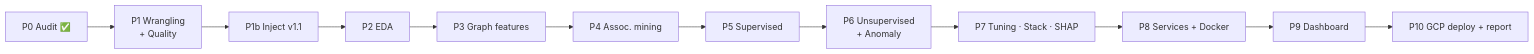
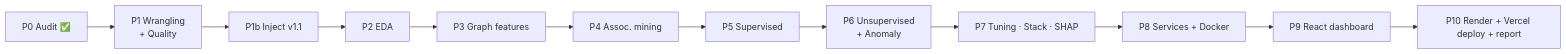
One commit to bharathakn/FinSight-AI changed the fifth of 5 diagrams in FinSight_AI_Project_Plan.md. Above: the diagram before and after it, drawn with Mermaid. The commit also changed other lines of this file and 75 other files, not shown here.

````diff
--- a/FinSight_AI_Project_Plan.md
+++ b/FinSight_AI_Project_Plan.md
@@ -439,6 +477,6 @@
 ```mermaid
 flowchart LR
     P0["P0 Audit ✅"] --> P1["P1 Wrangling\n+ Quality"] --> P1b["P1b Inject v1.1"] --> P2["P2 EDA"] --> P3["P3 Graph features"]
     P3 --> P4["P4 Assoc. mining"] --> P5["P5 Supervised"] --> P6["P6 Unsupervised\n+ Anomaly"] --> P7["P7 Tuning · Stack · SHAP"]
-    P7 --> P8["P8 Services + Docker"] --> P9["P9 Dashboard"] --> P10["P10 GCP deploy + report"]
+    P7 --> P8["P8 Services + Docker"] --> P9["P9 React dashboard"] --> P10["P10 Render + Vercel deploy + report"]
 ```
````
